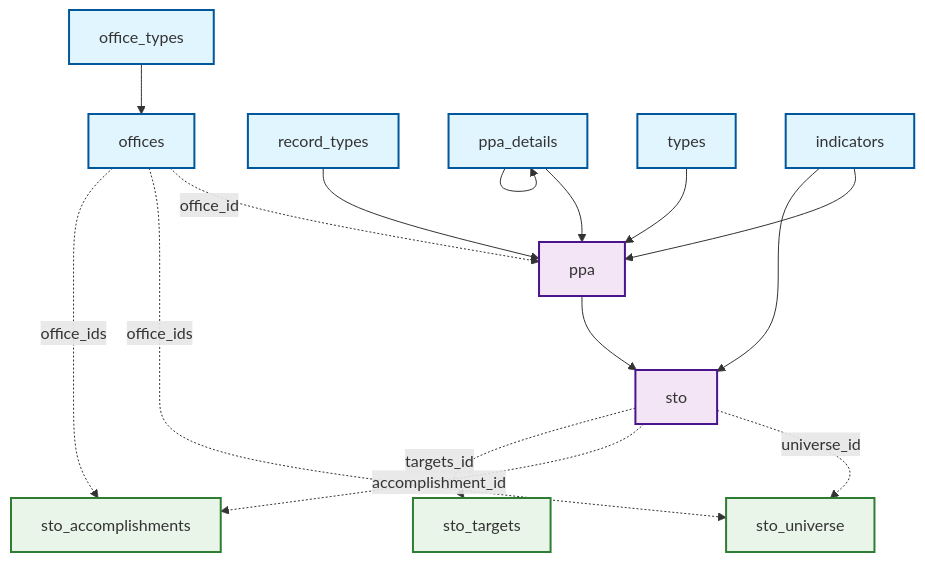
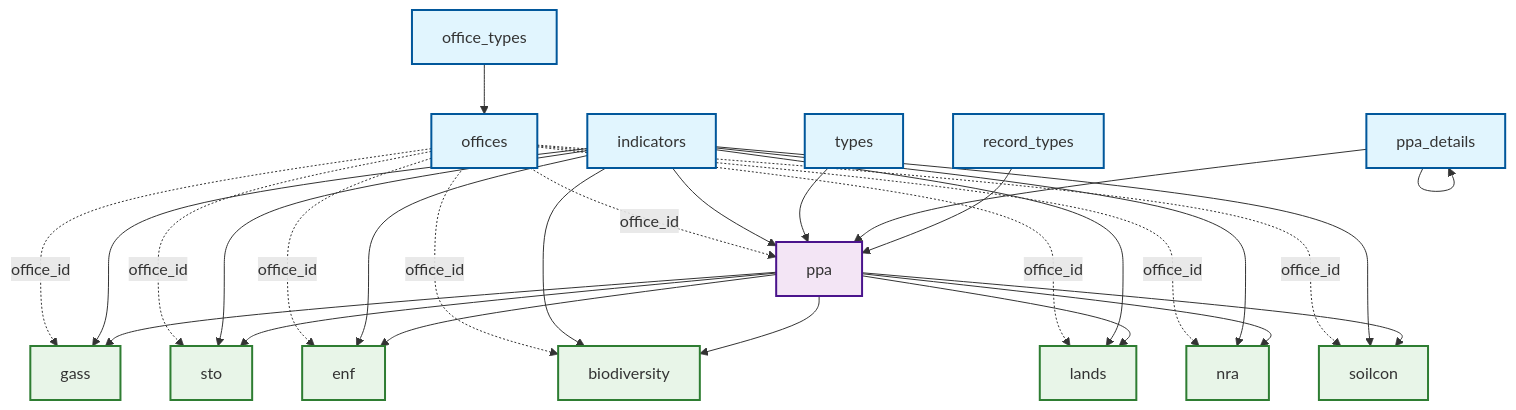
The second of 11 diagrams in db-schema-and-diagram.md (brandon3sican/univ_base), drawn with Mermaid before and after one commit. The commit also changed other lines of this file and 53 other files, not shown here.

Commit message:
db schema

````diff
--- a/db-schema-and-diagram.md
+++ b/db-schema-and-diagram.md
@@ -131,36 +230,49 @@
 ```mermaid
 flowchart TD
     %% Office Setup
     OT[office_types] --> O[offices]
     
     %% PPA Structure
     RT[record_types] --> P[ppa]
     PD[ppa_details] --> P
     T[types] --> P
     I[indicators] --> P
     
-    %% STO System
+    %% Module Tables
+    P --> GASS[gass]
     P --> STO[sto]
+    P --> ENF[enf]
+    P --> BIO[biodiversity]
+    P --> LAND[lands]
+    P --> NRA[nra]
+    P --> SOIL[soilcon]
+    
+    I --> GASS
     I --> STO
-    
-    %% STO Data Tables (connected via JSON)
-    STO -.->|universe_id| SU[sto_universe]
-    STO -.->|accomplishment_id| SA[sto_accomplishments]
-    STO -.->|targets_id| ST[sto_targets]
+    I --> ENF
+    I --> BIO
+    I --> LAND
+    I --> NRA
+    I --> SOIL
     
     %% JSON Connections
     O -.->|office_id| P
-    O -.->|office_ids| SU
-    O -.->|office_ids| SA
+    O -.->|office_id| GASS
+    O -.->|office_id| STO
+    O -.->|office_id| ENF
+    O -.->|office_id| BIO
+    O -.->|office_id| LAND
+    O -.->|office_id| NRA
+    O -.->|office_id| SOIL
     
     %% Self-reference
     PD --> PD
     
     classDef primary fill:#e1f5fe,stroke:#01579b,stroke-width:2px
     classDef secondary fill:#f3e5f5,stroke:#4a148c,stroke-width:2px
-    classDef sto fill:#e8f5e8,stroke:#2e7d32,stroke-width:2px
+    classDef module fill:#e8f5e8,stroke:#2e7d32,stroke-width:2px
     
     class OT,O,RT,PD,T,I primary
-    class P,STO secondary
-    class SU,SA,ST sto
+    class P secondary
+    class GASS,STO,ENF,BIO,LAND,NRA,SOIL module
 ```
````
